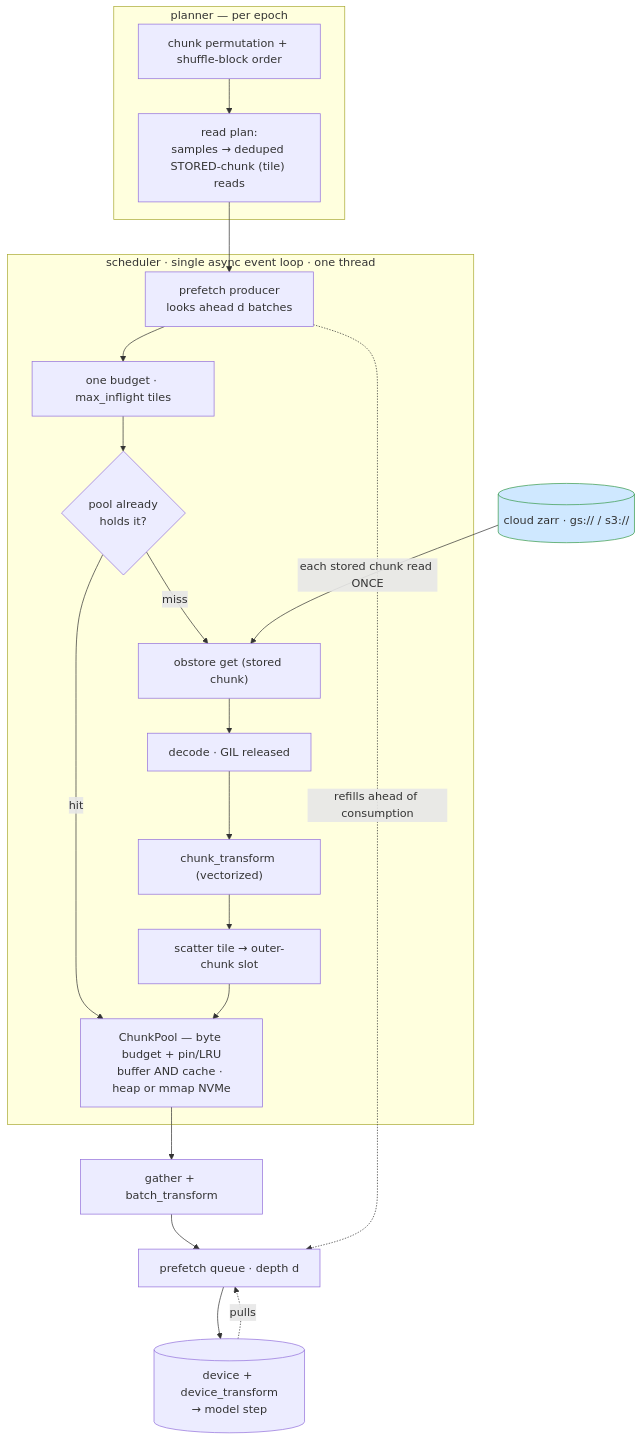
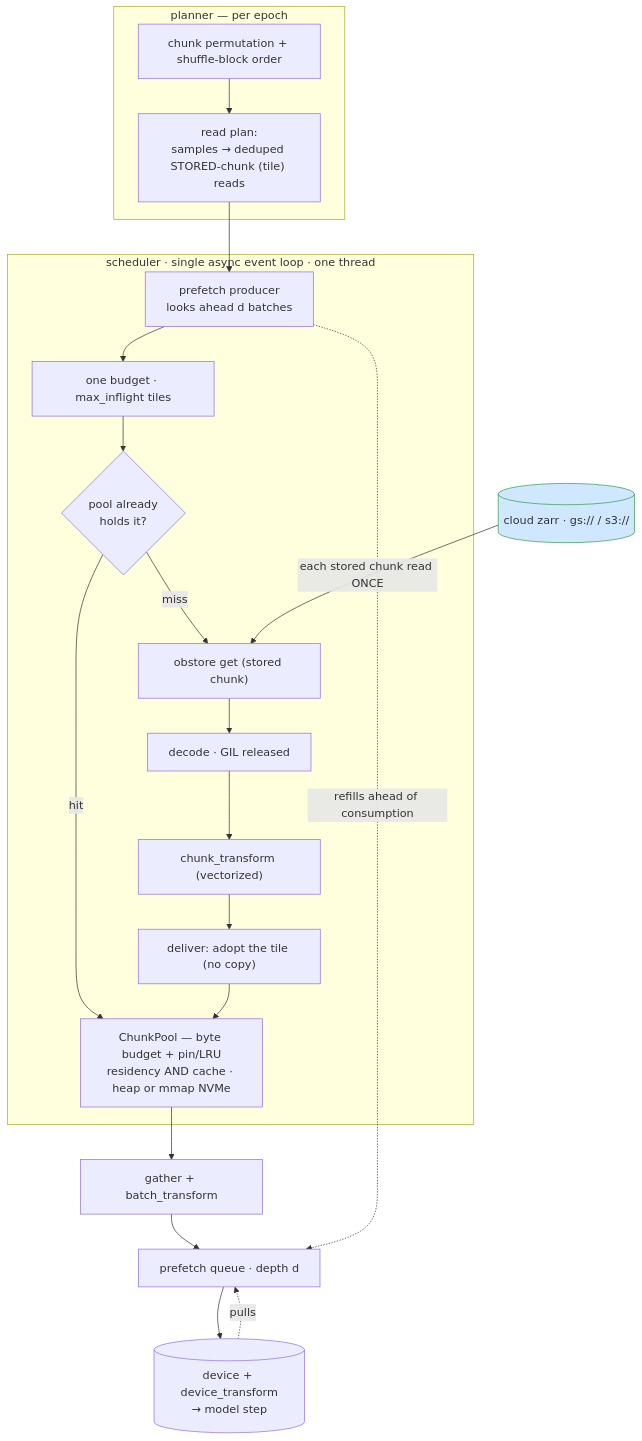
The second of 5 diagrams in docs/architecture.md (emfdavid/insitubatch), drawn with Mermaid before and after one commit. The commit also changed other lines of this file and 21 other files, not shown here.

First line of the commit message:
refactor: run on zarr's loop and make the pool's buffer unit the stored chunk (#41)

````diff
--- a/docs/architecture.md
+++ b/docs/architecture.md
@@ -84,25 +84,25 @@
 ```mermaid
 flowchart TB
     SRC[("cloud zarr · gs:// / s3://")]:::cloud
     subgraph PLAN["planner — per epoch"]
         PERM["chunk permutation + shuffle-block order"] --> RP["read plan:<br/>samples → deduped STORED-chunk (tile) reads"]
     end
     subgraph LOOP["scheduler · single async event loop · one thread"]
         PROD["prefetch producer<br/>looks ahead d batches"] --> SEM["one budget · max_inflight tiles"]
         SEM --> SKIP{"pool already<br/>holds it?"}
         SKIP -->|"hit"| POOL
         SKIP -->|"miss"| OBS["obstore get (stored chunk)"]
         OBS --> DEC["decode · GIL released"]
         DEC --> CT["chunk_transform (vectorized)"]
-        CT --> SCAT["scatter tile → outer-chunk slot"]
+        CT --> DLV["deliver: adopt the tile (no copy)"]
     end
-    SCAT --> POOL["ChunkPool — byte budget + pin/LRU<br/>buffer AND cache · heap or mmap NVMe"]
+    DLV --> POOL["ChunkPool — byte budget + pin/LRU<br/>residency AND cache · heap or mmap NVMe"]
     POOL --> GTH["gather + batch_transform"]
     GTH --> PQ["prefetch queue · depth d"]
     PQ --> GPU[("device + device_transform<br/>→ model step")]
     SRC -->|"each stored chunk read ONCE"| OBS
     RP --> PROD
     GPU -.->|"pulls"| PQ
     PROD -.->|"refills ahead of consumption"| PQ
     classDef cloud fill:#cfe8ff,stroke:#379a4a;
 ```
````
